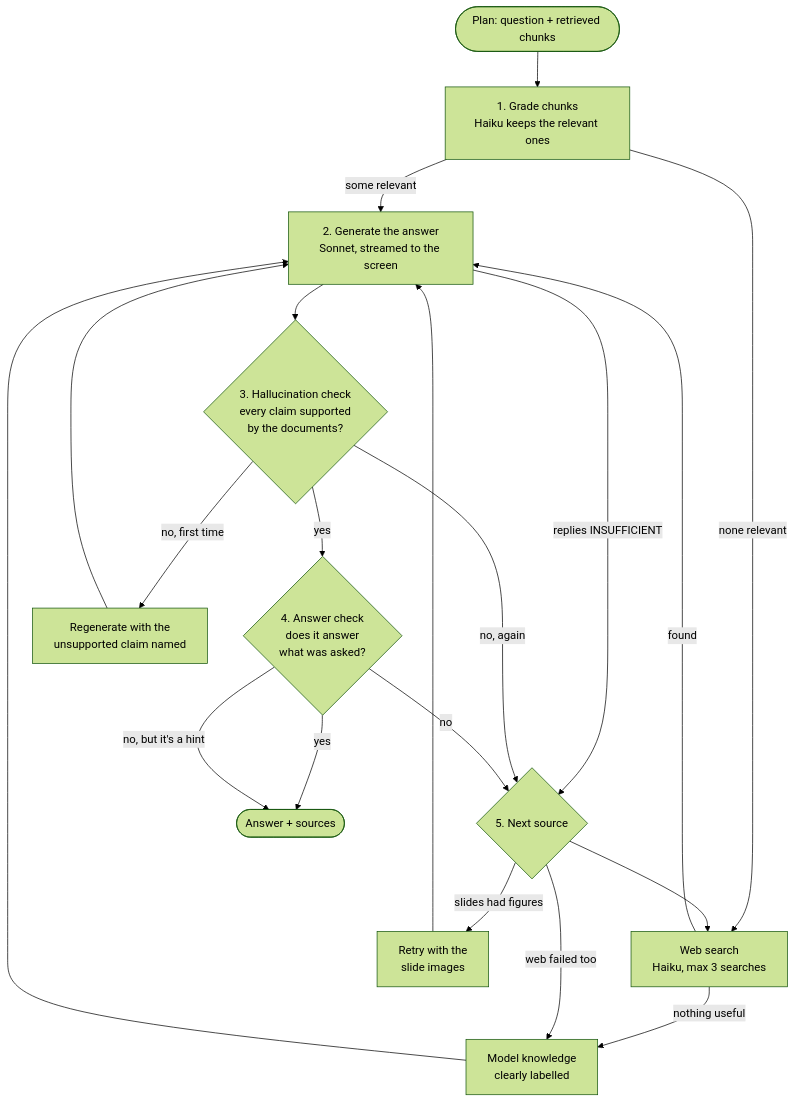
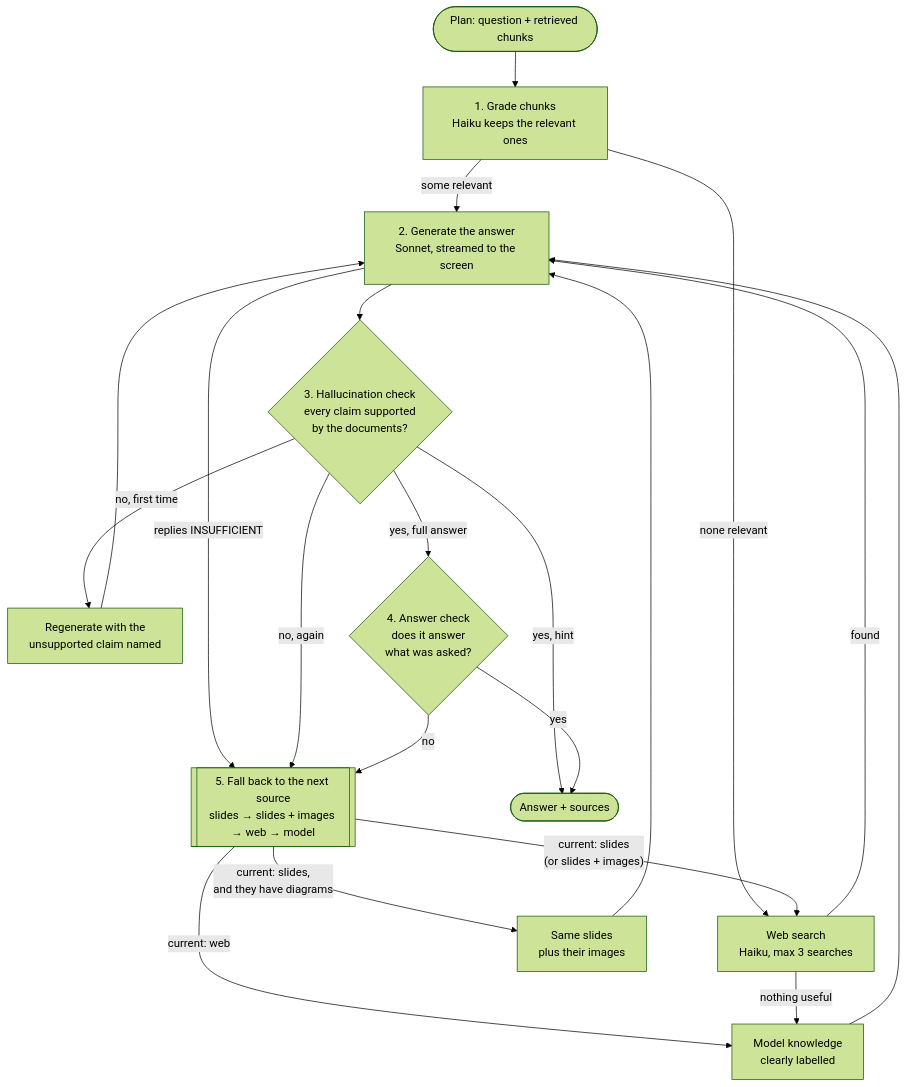
The fifth of 5 diagrams in README.md (minbad0710/NTU---RAG), drawn with Mermaid (forest theme) before and after one commit. The commit also changed other lines of this file and 1 other file, not shown here.

Commit message:
Hints skip the answer check; explain the source fallback
A grounded hint is returned straight away: the answer check now runs on
full answers only, and the hint-specific checker prompt is removed.

README: the loop diagram shows "yes, hint" going straight to the answer,
and step 5 explains what "next source" means with a table of the order.

````diff
--- a/README.md
+++ b/README.md
@@ -210,22 +210,22 @@
 ```mermaid
 flowchart TD
     START([Plan: question + retrieved chunks]) --> GR[1. Grade chunks<br/>Haiku keeps the relevant ones]
     GR -- some relevant --> GEN[2. Generate the answer<br/>Sonnet, streamed to the screen]
     GR -- none relevant --> WEB
     GEN -- replies INSUFFICIENT --> NEXT
     GEN --> HAL{3. Hallucination check<br/>every claim supported<br/>by the documents?}
-    HAL -- yes --> ANS{4. Answer check<br/>does it answer<br/>what was asked?}
-    HAL -- no, first time --> FIX1[Regenerate with the<br/>unsupported claim named]
-    FIX1 --> GEN
+    HAL -- no, first time --> FIX[Regenerate with the<br/>unsupported claim named]
+    FIX --> GEN
     HAL -- no, again --> NEXT
-    ANS -- yes --> DONE([Answer + sources])
-    ANS -- no, but it's a hint --> DONE
-    ANS -- no --> NEXT{5. Next source}
-    NEXT -- slides had figures --> IMG[Retry with the<br/>slide images]
+    HAL -- yes, hint --> DONE([Answer + sources])
+    HAL -- yes, full answer --> ANS{4. Answer check<br/>does it answer<br/>what was asked?}
+    ANS -- yes --> DONE
+    ANS -- no --> NEXT[[5. Fall back to the next source<br/>slides → slides + images → web → model]]
+    NEXT -- "current: slides,<br/>and they have diagrams" --> IMG[Same slides<br/>plus their images]
+    NEXT -- "current: slides<br/>(or slides + images)" --> WEB[Web search<br/>Haiku, max 3 searches]
+    NEXT -- "current: web" --> MOD[Model knowledge<br/>clearly labelled]
     IMG --> GEN
-    NEXT --> WEB[Web search<br/>Haiku, max 3 searches]
     WEB -- found --> GEN
     WEB -- nothing useful --> MOD
-    NEXT -- web failed too --> MOD[Model knowledge<br/>clearly labelled]
     MOD --> GEN
 ```
````
